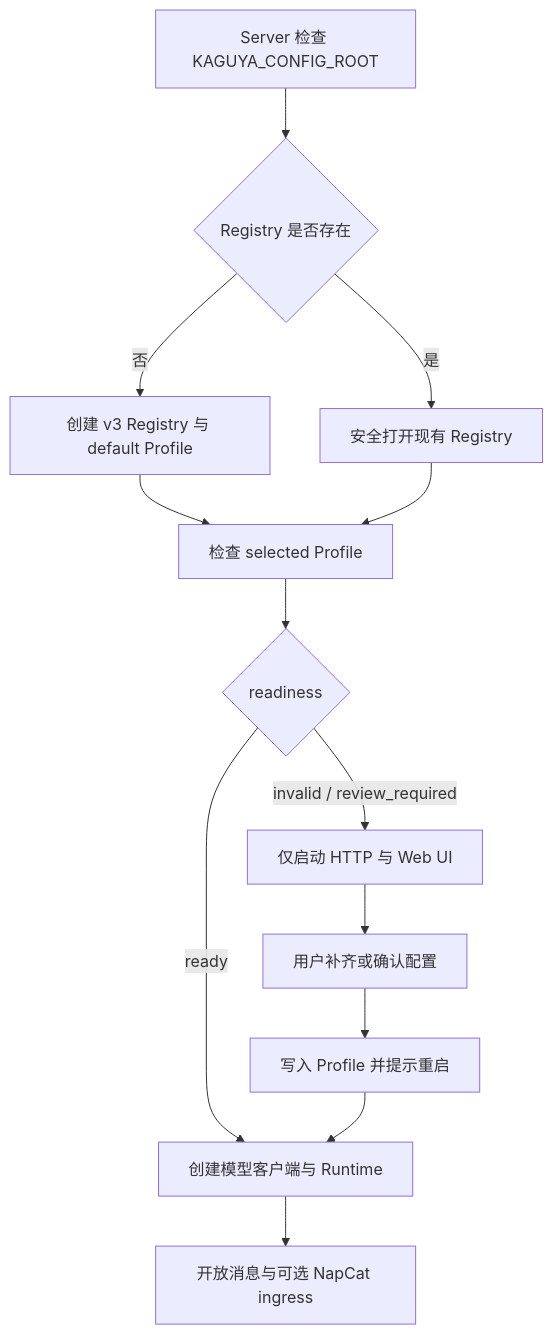
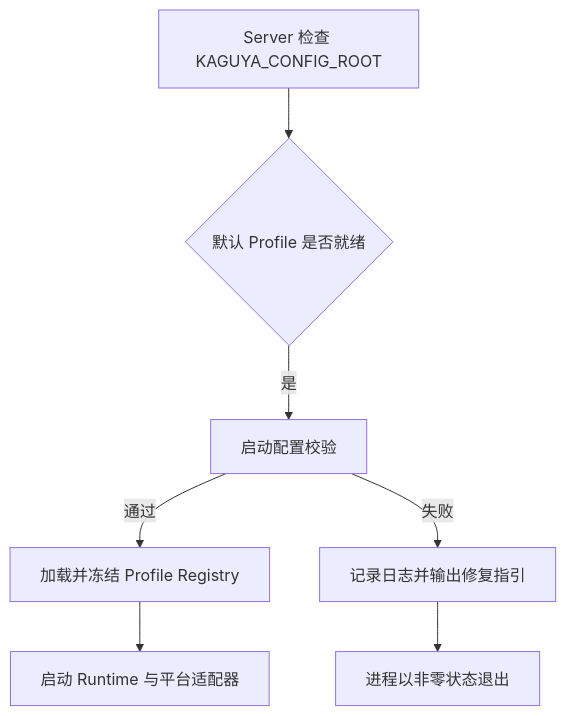
Before and after one commit to posanbu/Kaguya: the diagram in docs/guide/configuration.md, drawn with Mermaid. The commit also changed other lines of this file and 229 other files, not shown here.

````diff
--- a/docs/guide/configuration.md
+++ b/docs/guide/configuration.md
@@ -12,15 +12,9 @@
 ```mermaid
 flowchart TD
-  A[Server 检查 KAGUYA_CONFIG_ROOT] --> B{Registry 是否存在}
-  B -- 否 --> C[创建 v3 Registry 与 default Profile]
-  B -- 是 --> D[安全打开现有 Registry]
-  C --> E[检查 selected Profile]
-  D --> E
-  E --> F{readiness}
-  F -- invalid / review_required --> G[仅启动 HTTP 与 Web UI]
-  G --> H[用户补齐或确认配置]
-  H --> I[写入 Profile 并提示重启]
-  F -- ready --> J[创建模型客户端与 Runtime]
-  I --> J
-  J --> K[开放消息与可选 NapCat ingress]
+  A[Server 检查 KAGUYA_CONFIG_ROOT] --> B{默认 Profile 是否就绪}
+  B -- 是 --> C[启动配置校验]
+  C -- 通过 --> D[加载并冻结 Profile Registry]
+  D --> E[启动 Runtime 与平台适配器]
+  C -- 失败 --> F[记录日志并输出修复指引]
+  F --> G[进程以非零状态退出]
 ```
````
